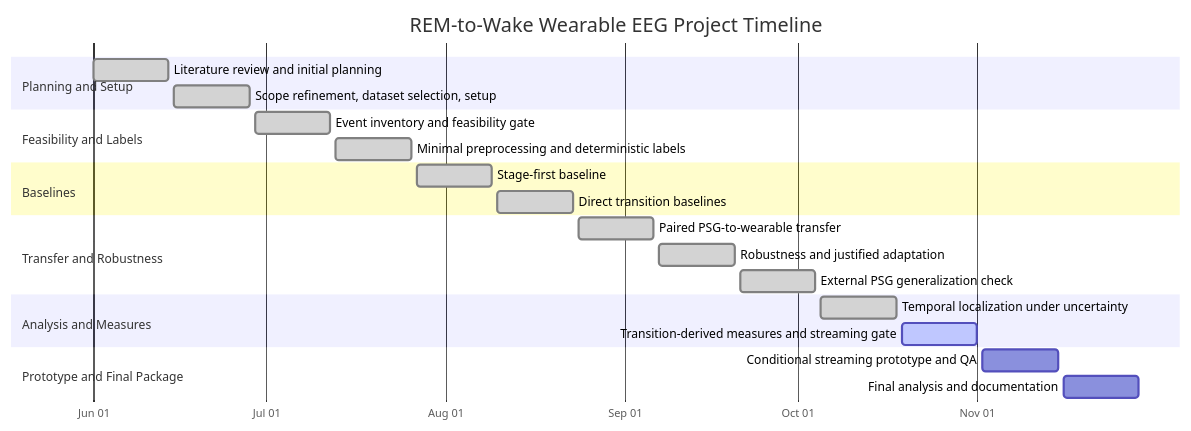
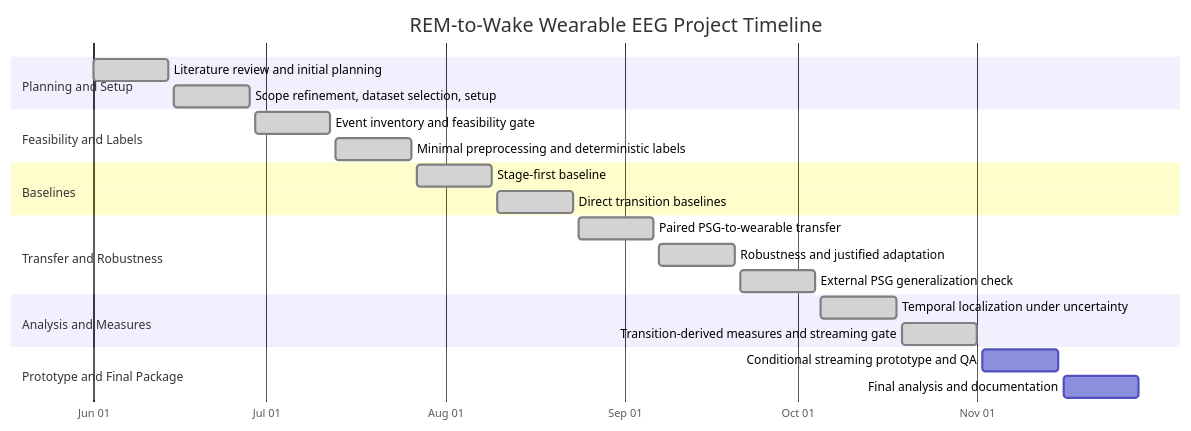
The first of 2 diagrams in docs/planning/overall_project_timeline.md (dgurve09/REM_Wake), drawn with Mermaid before and after one commit. The commit also changed other lines of this file and 12 other files, not shown here.

````diff
--- a/docs/planning/overall_project_timeline.md
+++ b/docs/planning/overall_project_timeline.md
@@ -17,31 +17,31 @@
 ```mermaid
 gantt
     title REM-to-Wake Wearable EEG Project Timeline
     dateFormat  YYYY-MM-DD
     axisFormat  %b %d
 
     section Planning and Setup
     Literature review and initial planning           :done, b1, 2026-06-01, 2026-06-14
     Scope refinement, dataset selection, setup       :done, b2, 2026-06-15, 2026-06-28
 
     section Feasibility and Labels
     Event inventory and feasibility gate             :done, b3, 2026-06-29, 2026-07-12
     Minimal preprocessing and deterministic labels   :done, b4, 2026-07-13, 2026-07-26
 
     section Baselines
     Stage-first baseline                             :done, b5, 2026-07-27, 2026-08-09
     Direct transition baselines                      :done, b6, 2026-08-10, 2026-08-23
 
     section Transfer and Robustness
     Paired PSG-to-wearable transfer                  :done, b7, 2026-08-24, 2026-09-06
     Robustness and justified adaptation              :done, b8, 2026-09-07, 2026-09-20
     External PSG generalization check                :done, b9, 2026-09-21, 2026-10-04
 
     section Analysis and Measures
     Temporal localization under uncertainty          :done, b10, 2026-10-05, 2026-10-18
-    Transition-derived measures and streaming gate   :active, b11, 2026-10-19, 2026-11-01
+    Transition-derived measures and streaming gate   :done, b11, 2026-10-19, 2026-11-01
 
     section Prototype and Final Package
     Conditional streaming prototype and QA           :b12, 2026-11-02, 2026-11-15
     Final analysis and documentation                 :b13, 2026-11-16, 2026-11-29
 ```
````
